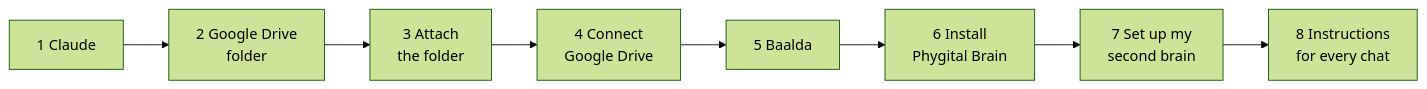
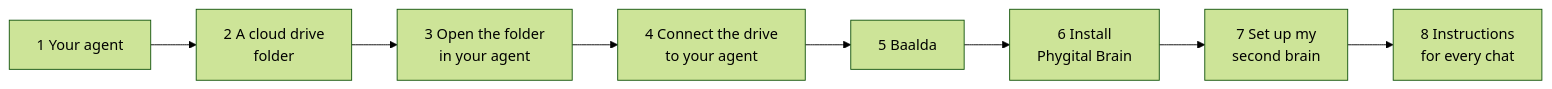
The diagram in docs/getting-started.md (Phygital-Brain/phygital-brain), drawn with Mermaid (forest theme) before and after one commit. The commit also changed other lines of this file and 14 other files, not shown here.

Commit message:
FAQ page; any cloud drive and any agent; calmer hero; serious badges

````diff
--- a/docs/getting-started.md
+++ b/docs/getting-started.md
@@ -5,10 +5,10 @@
 ```mermaid
 flowchart LR
-    A[1 Claude] --> B[2 Google Drive<br>folder]
-    B --> C[3 Attach<br>the folder]
-    C --> D[4 Connect<br>Google Drive]
+    A[1 Your agent] --> B[2 A cloud drive<br>folder]
+    B --> C[3 Open the folder<br>in your agent]
+    C --> D[4 Connect the drive<br>to your agent]
     D --> E[5 Baalda]
     E --> F[6 Install<br>Phygital Brain]
     F --> G[7 Set up my<br>second brain]
     G --> H[8 Instructions<br>for every chat]
 ```
````
